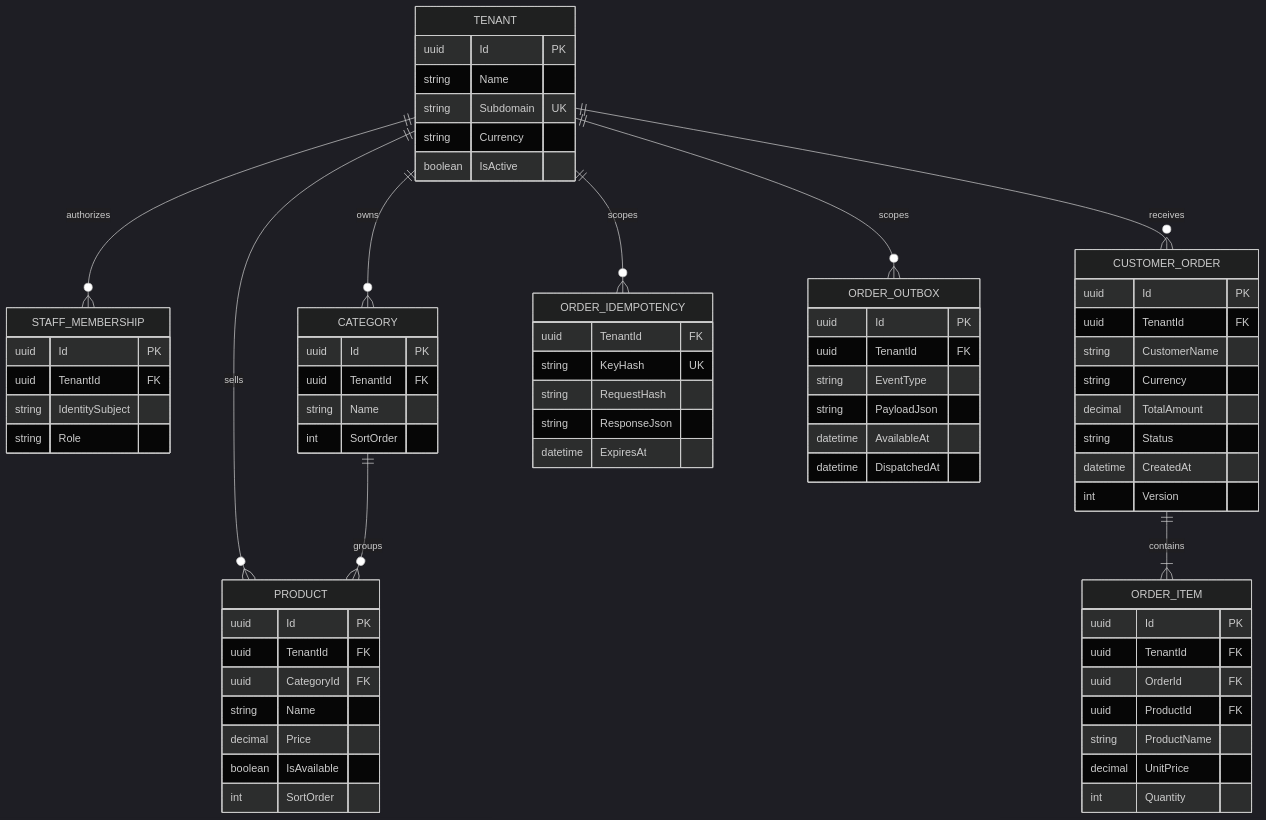
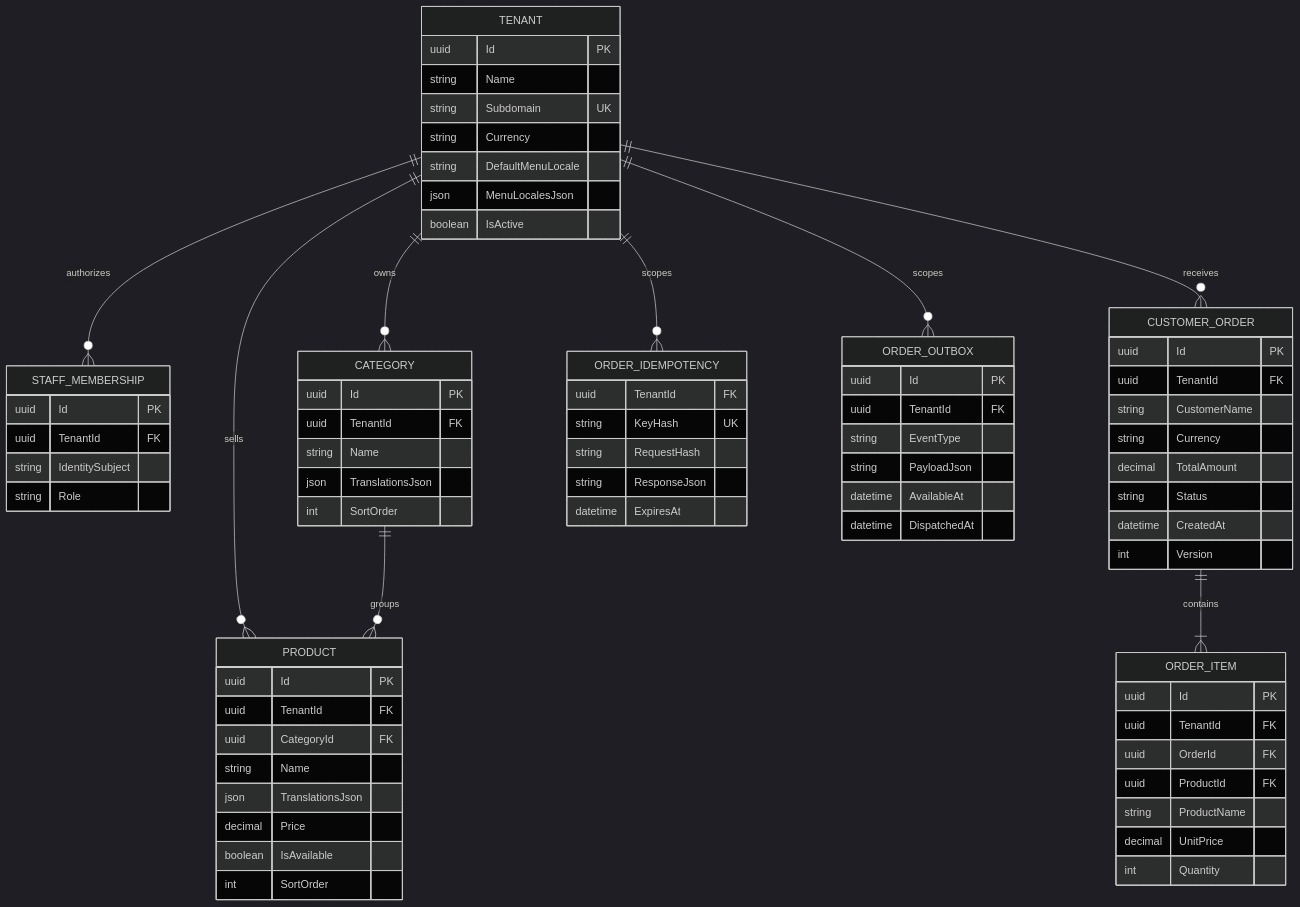
The diagram in docs/database/database-schema.md (whritou/WhitePlate), drawn with Mermaid (dark theme) before and after one commit. The commit also changed other lines of this file and 52 other files, not shown here.

````diff
--- a/docs/database/database-schema.md
+++ b/docs/database/database-schema.md
@@ -34,74 +38,78 @@
 ```mermaid
 erDiagram
     TENANT ||--o{ STAFF_MEMBERSHIP : authorizes
     TENANT ||--o{ CATEGORY : owns
     TENANT ||--o{ PRODUCT : sells
     TENANT ||--o{ CUSTOMER_ORDER : receives
     CATEGORY ||--o{ PRODUCT : groups
     CUSTOMER_ORDER ||--|{ ORDER_ITEM : contains
     TENANT ||--o{ ORDER_IDEMPOTENCY : scopes
     TENANT ||--o{ ORDER_OUTBOX : scopes
 
     TENANT {
         uuid Id PK
         string Name
         string Subdomain UK
         string Currency
+        string DefaultMenuLocale
+        json MenuLocalesJson
         boolean IsActive
     }
     STAFF_MEMBERSHIP {
         uuid Id PK
         uuid TenantId FK
         string IdentitySubject
         string Role
     }
     CATEGORY {
         uuid Id PK
         uuid TenantId FK
         string Name
+        json TranslationsJson
         int SortOrder
     }
     PRODUCT {
         uuid Id PK
         uuid TenantId FK
         uuid CategoryId FK
         string Name
+        json TranslationsJson
         decimal Price
         boolean IsAvailable
         int SortOrder
     }
     CUSTOMER_ORDER {
         uuid Id PK
         uuid TenantId FK
         string CustomerName
         string Currency
         decimal TotalAmount
         string Status
         datetime CreatedAt
         int Version
     }
     ORDER_ITEM {
         uuid Id PK
         uuid TenantId FK
         uuid OrderId FK
         uuid ProductId FK
         string ProductName
         decimal UnitPrice
         int Quantity
     }
     ORDER_IDEMPOTENCY {
         uuid TenantId FK
         string KeyHash UK
         string RequestHash
         string ResponseJson
         datetime ExpiresAt
     }
     ORDER_OUTBOX {
         uuid Id PK
         uuid TenantId FK
         string EventType
         string PayloadJson
         datetime AvailableAt
         datetime DispatchedAt
     }
 ```
````
